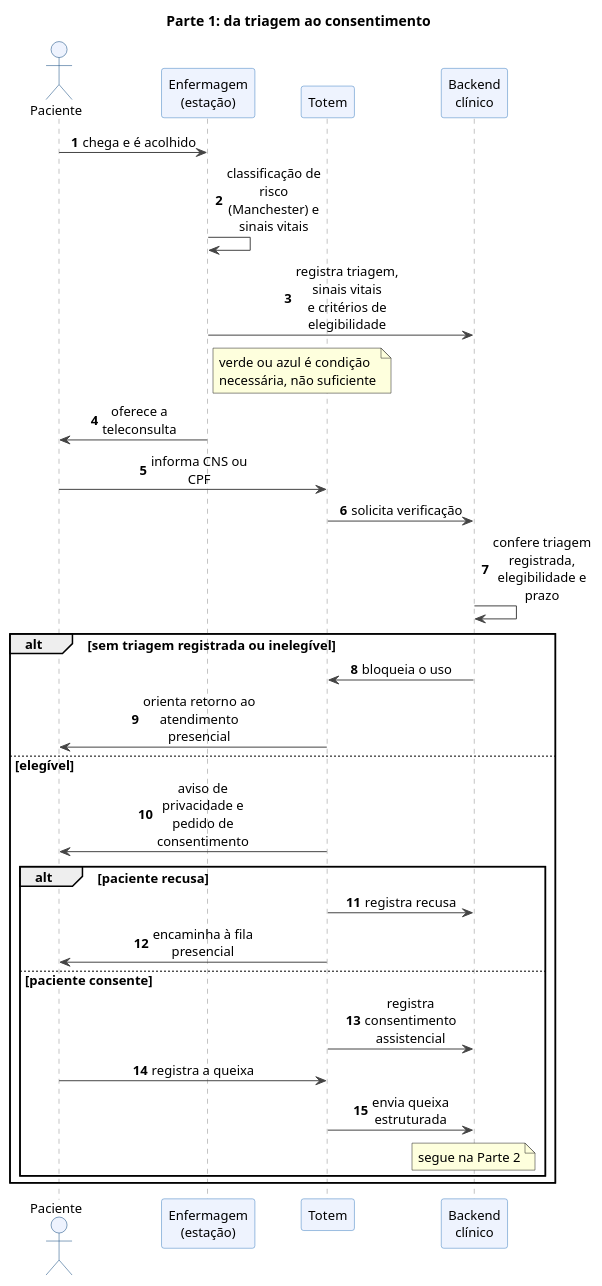
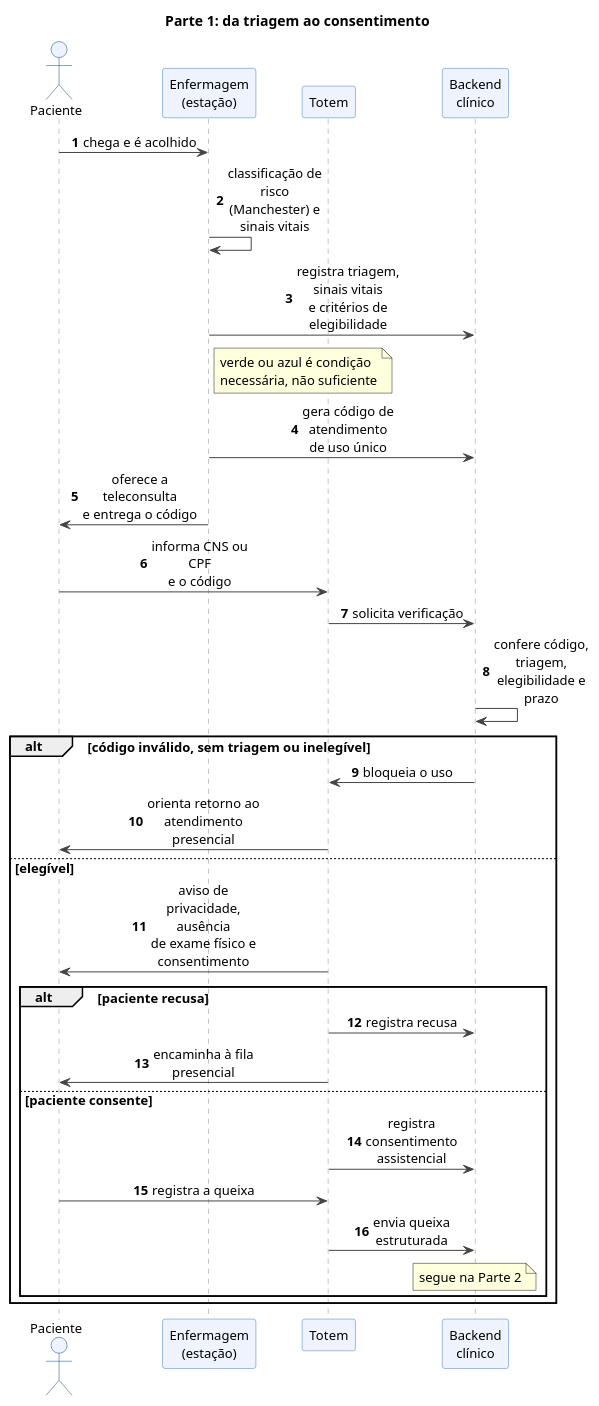
One commit to JerseyIWNL/tcc changed the diagram in idp_capstone_latex_template/figuras/fontes/sequencia-1.puml. Above: the diagram before and after it, drawn with PlantUML. The commit also changed 20 other files, not shown here.

```diff
--- a/idp_capstone_latex_template/figuras/fontes/sequencia-1.puml
+++ b/idp_capstone_latex_template/figuras/fontes/sequencia-1.puml
@@ -1,44 +1,45 @@
 @startuml
 skinparam defaultFontName Arial
 skinparam defaultFontSize 13
 skinparam maxMessageSize 120
 skinparam ParticipantPadding 4
 skinparam BoxPadding 4
 skinparam shadowing false
 skinparam sequenceMessageAlign center
 skinparam SequenceArrowColor #444444
 skinparam SequenceLifeLineBorderColor #888888
 skinparam ParticipantBackgroundColor #EEF3FE
 skinparam ParticipantBorderColor #3C7FC0
 skinparam ActorBackgroundColor #EEF3FE
 skinparam ActorBorderColor #08427B
 autonumber
 title Parte 1: da triagem ao consentimento
 actor Paciente as P
 participant "Enfermagem\n(estação)" as E
 participant "Totem" as T
 participant "Backend\nclínico" as B
 P -> E : chega e é acolhido
 E -> E : classificação de risco\n(Manchester) e sinais vitais
 E -> B : registra triagem, sinais vitais\ne critérios de elegibilidade
 note right of E : verde ou azul é condição\nnecessária, não suficiente
-E -> P : oferece a teleconsulta
-P -> T : informa CNS ou CPF
+E -> B : gera código de atendimento\nde uso único
+E -> P : oferece a teleconsulta\ne entrega o código
+P -> T : informa CNS ou CPF\ne o código
 T -> B : solicita verificação
-B -> B : confere triagem registrada,\nelegibilidade e prazo
-alt sem triagem registrada ou inelegível
+B -> B : confere código, triagem,\nelegibilidade e prazo
+alt código inválido, sem triagem ou inelegível
   B -> T : bloqueia o uso
   T -> P : orienta retorno ao\natendimento presencial
 else elegível
-  T -> P : aviso de privacidade e\npedido de consentimento
+  T -> P : aviso de privacidade, ausência\nde exame físico e consentimento
   alt paciente recusa
     T -> B : registra recusa
     T -> P : encaminha à fila presencial
   else paciente consente
     T -> B : registra consentimento\nassistencial
     P -> T : registra a queixa
     T -> B : envia queixa estruturada
     note over B : segue na Parte 2
   end
 end
 @enduml
```
